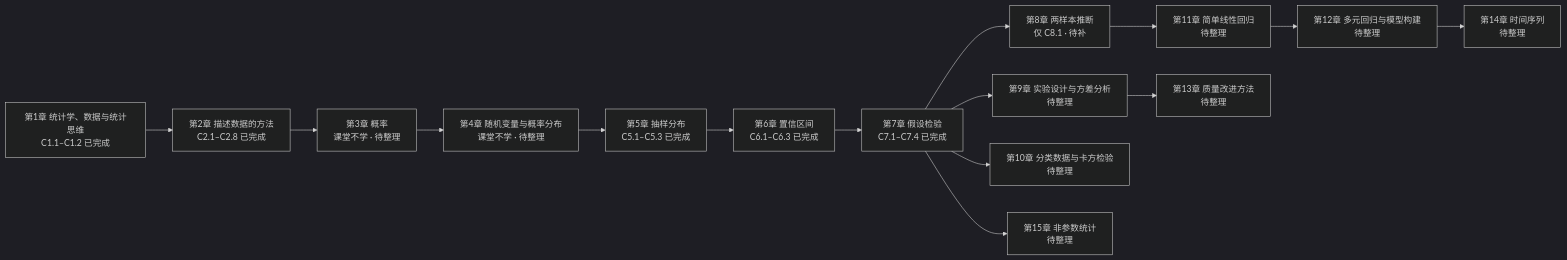
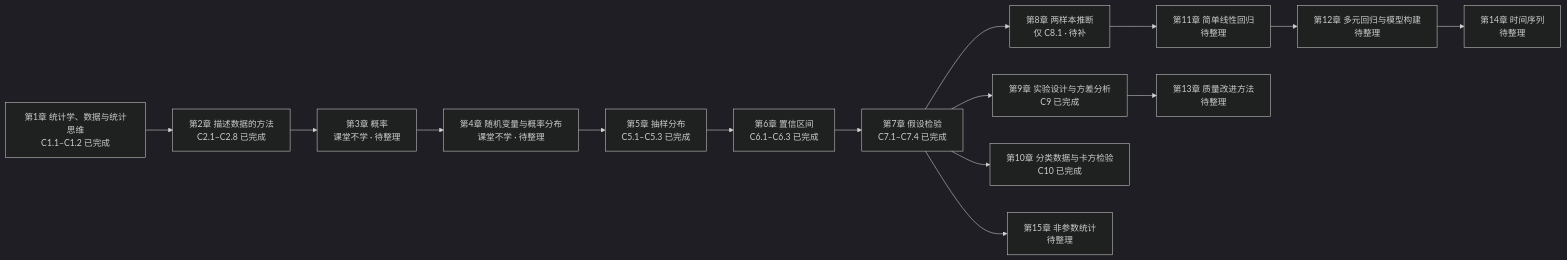
The diagram in 统计学/统计学课程 MOC.md (KayeAdams515/ClaudeNotes), drawn with Mermaid (dark theme) before and after one commit. The commit also changed other lines of this file and 820 other files, not shown here.

````diff
--- a/统计学/统计学课程 MOC.md
+++ b/统计学/统计学课程 MOC.md
@@ -37,17 +37,17 @@
 ```mermaid
 flowchart LR
     A["第1章 统计学、数据与统计思维<br/>C1.1–C1.2 已完成"] --> B["第2章 描述数据的方法<br/>C2.1–C2.8 已完成"]
     B --> C["第3章 概率<br/>课堂不学 · 待整理"]
     C --> D["第4章 随机变量与概率分布<br/>课堂不学 · 待整理"]
     D --> E["第5章 抽样分布<br/>C5.1–C5.3 已完成"]
     E --> F["第6章 置信区间<br/>C6.1–C6.3 已完成"]
     F --> G["第7章 假设检验<br/>C7.1–C7.4 已完成"]
     G --> H["第8章 两样本推断<br/>仅 C8.1 · 待补"]
-    G --> I["第9章 实验设计与方差分析<br/>待整理"]
-    G --> J["第10章 分类数据与卡方检验<br/>待整理"]
+    G --> I["第9章 实验设计与方差分析<br/>C9 已完成"]
+    G --> J["第10章 分类数据与卡方检验<br/>C10 已完成"]
     H --> K["第11章 简单线性回归<br/>待整理"]
     K --> L["第12章 多元回归与模型构建<br/>待整理"]
     I --> M["第13章 质量改进方法<br/>待整理"]
     L --> N["第14章 时间序列<br/>待整理"]
     G --> O["第15章 非参数统计<br/>待整理"]
 ```
````
